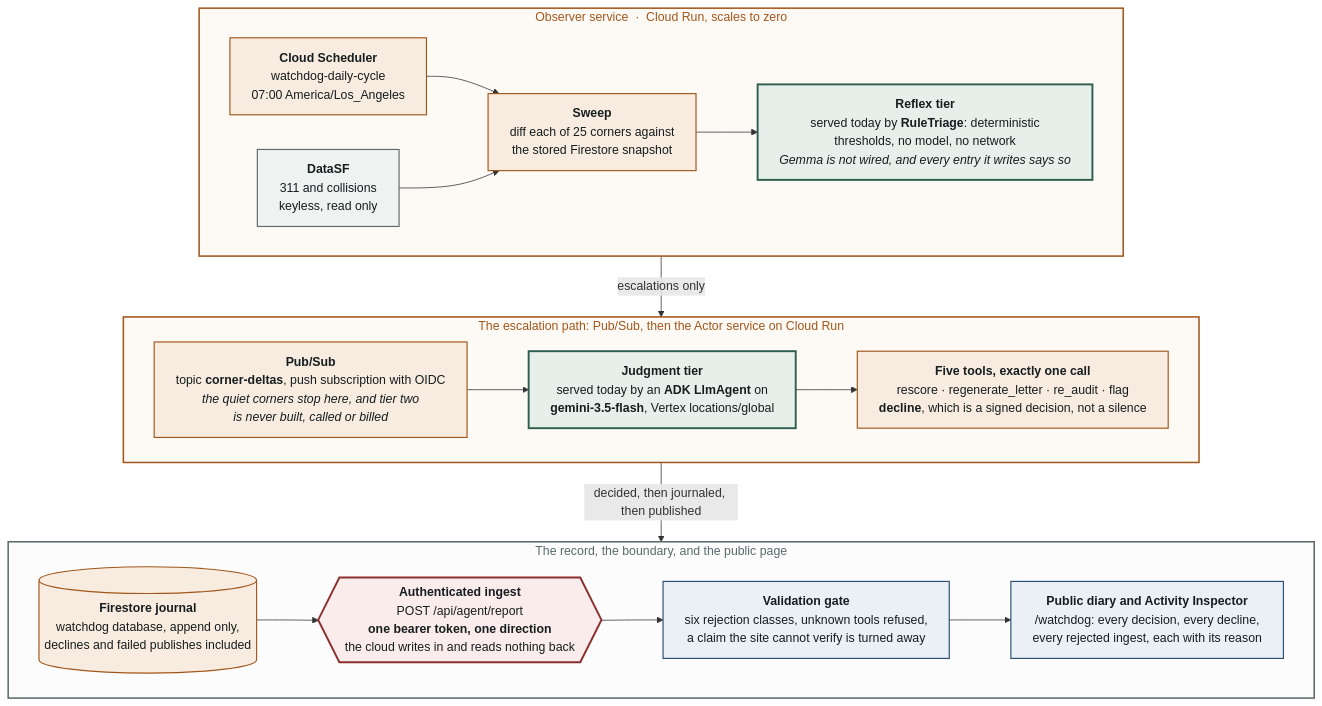
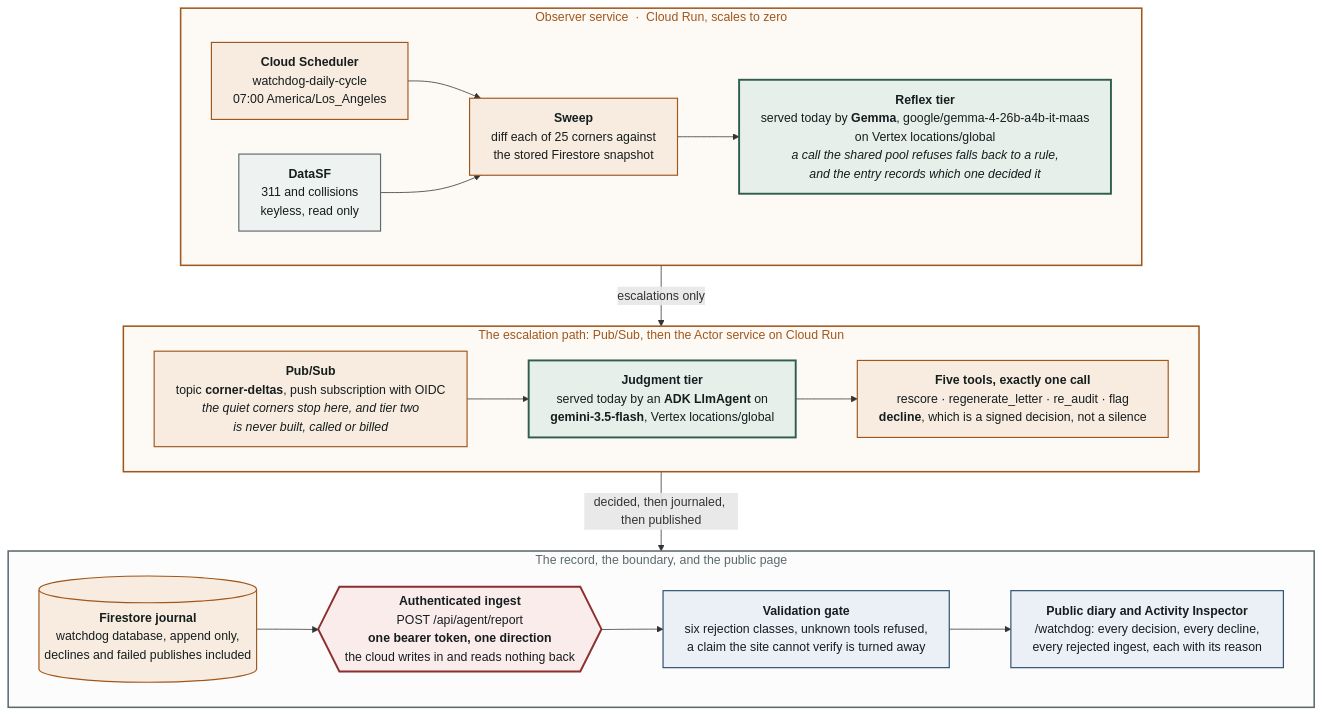
Before and after one commit to alejandro-publius/streetcred-watchdog: the diagram in README.md, drawn with Mermaid. The commit also changed other lines of this file and 17 other files, not shown here.

````diff
--- a/README.md
+++ b/README.md
@@ -85,54 +105,54 @@
 ```mermaid
 %%{init: {"flowchart": {"curve": "basis", "nodeSpacing": 45, "rankSpacing": 55, "padding": 14, "wrappingWidth": 460}}}%%
 flowchart TB
 
     subgraph OBSERVER["Observer service &nbsp;&middot;&nbsp; Cloud Run, scales to zero"]
         direction LR
         SCHED["<b>Cloud Scheduler</b><br/>watchdog-daily-cycle<br/>07:00 America/Los_Angeles"]
         DATASF["<b>DataSF</b><br/>311 and collisions<br/>keyless, read only"]
         SWEEP["<b>Sweep</b><br/>diff each of 25 corners against<br/>the stored Firestore snapshot"]
-        REFLEX["<b>Reflex tier</b><br/>served today by <b>RuleTriage</b>: deterministic<br/>thresholds, no model, no network<br/><i>Gemma is not wired, and every entry it writes says so</i>"]
+        REFLEX["<b>Reflex tier</b><br/>served today by <b>Gemma</b>, google/gemma-4-26b-a4b-it-maas<br/>on Vertex locations/global<br/><i>a call the shared pool refuses falls back to a rule,<br/>and the entry records which one decided it</i>"]
         SCHED --> SWEEP
         DATASF --> SWEEP
         SWEEP --> REFLEX
     end
 
     subgraph ACTOR["The escalation path: Pub/Sub, then the Actor service on Cloud Run"]
         direction LR
         PS["<b>Pub/Sub</b><br/>topic <b>corner-deltas</b>, push subscription with OIDC<br/><i>the quiet corners stop here, and tier two<br/>is never built, called or billed</i>"]
         JUDGE["<b>Judgment tier</b><br/>served today by an <b>ADK LlmAgent</b> on<br/><b>gemini-3.5-flash</b>, Vertex locations/global"]
         TOOLS["<b>Five tools, exactly one call</b><br/>rescore &middot; regenerate_letter &middot; re_audit &middot; flag<br/><b>decline</b>, which is a signed decision, not a silence"]
         PS --> JUDGE
         JUDGE --> TOOLS
     end
 
     subgraph PUBLISH["The record, the boundary, and the public page"]
         direction LR
         FS[("<b>Firestore journal</b><br/>watchdog database, append only,<br/>declines and failed publishes included")]
         INGEST{{"<b>Authenticated ingest</b><br/>POST /api/agent/report<br/><b>one bearer token, one direction</b><br/>the cloud writes in and reads nothing back"}}
         GATE["<b>Validation gate</b><br/>six rejection classes, unknown tools refused,<br/>a claim the site cannot verify is turned away"]
         DIARY["<b>Public diary and Activity Inspector</b><br/>/watchdog: every decision, every decline,<br/>every rejected ingest, each with its reason"]
         FS --> INGEST
         INGEST --> GATE
         GATE --> DIARY
     end
 
     OBSERVER -->|"escalations only"| ACTOR
     ACTOR -->|"decided, then journaled, then published"| PUBLISH
 
     classDef source fill:#eef2f0,stroke:#5c6a6e,stroke-width:1.5px,color:#161d1f
     classDef gcp fill:#f7ecdf,stroke:#a1571c,stroke-width:1.5px,color:#161d1f
     classDef model fill:#e7efea,stroke:#2f5d50,stroke-width:2.5px,color:#161d1f
     classDef boundary fill:#fbecec,stroke:#8c2f2f,stroke-width:2.5px,color:#161d1f
     classDef edge fill:#eaf0f6,stroke:#2b4d73,stroke-width:1.5px,color:#161d1f
 
     class DATASF source
     class SCHED,PS,SWEEP,TOOLS,FS gcp
     class REFLEX,JUDGE model
     class INGEST boundary
     class GATE,DIARY edge
 
     style OBSERVER fill:#fdfaf6,stroke:#a1571c,stroke-width:2px,color:#a1571c
     style ACTOR fill:#fdfaf6,stroke:#a1571c,stroke-width:2px,color:#a1571c
     style PUBLISH fill:#fbfcfb,stroke:#5c6a6e,stroke-width:2px,color:#5c6a6e
 ```
````
